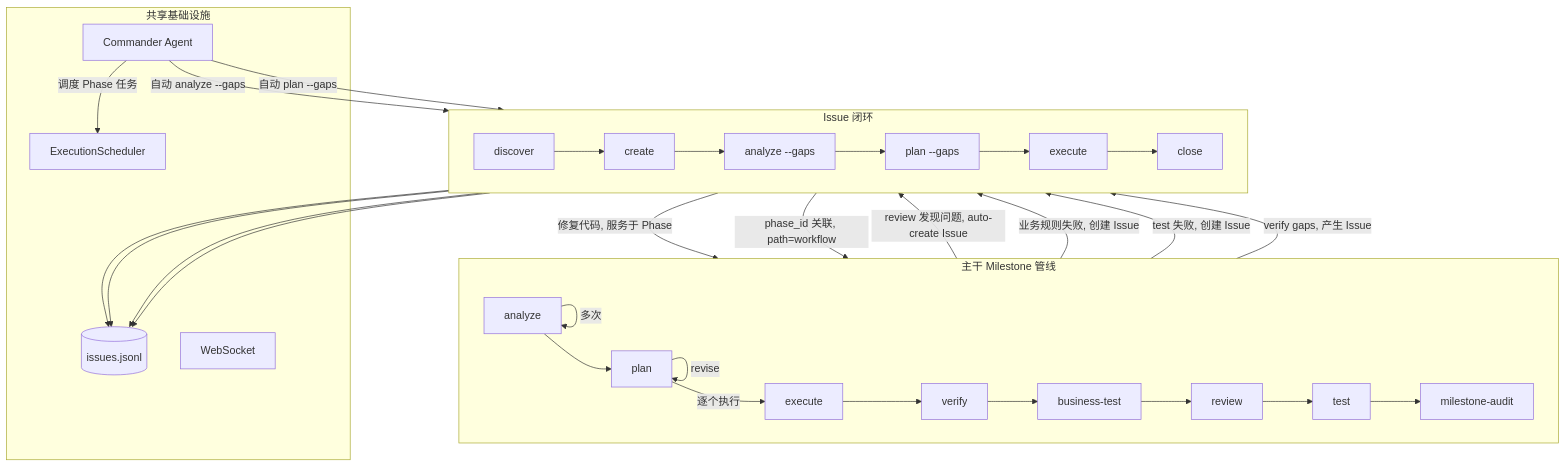
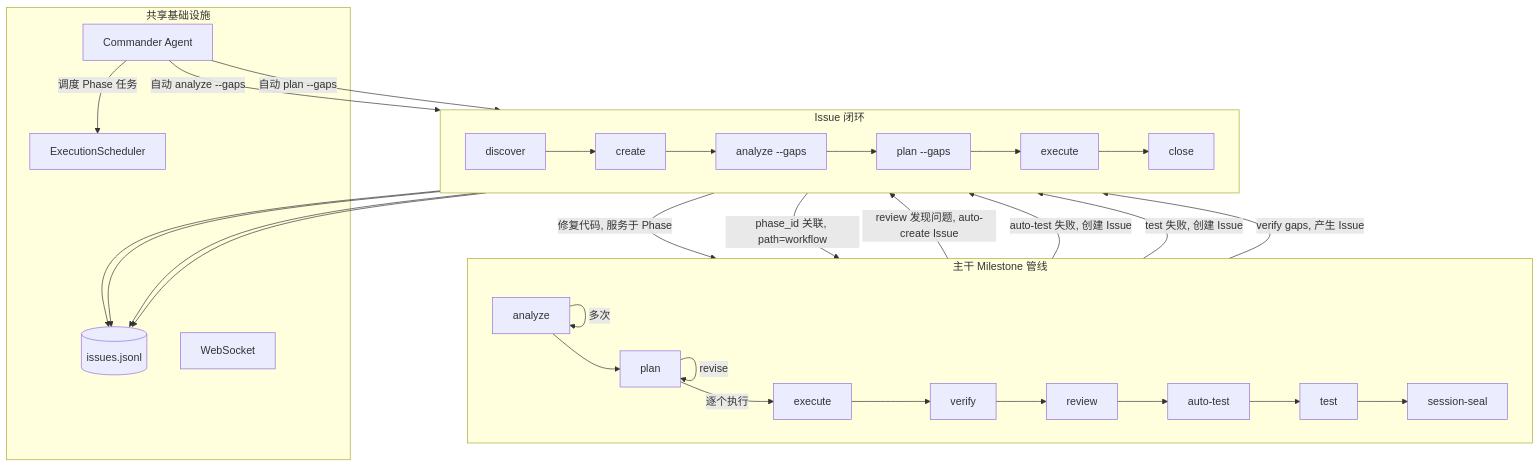
The second of 2 diagrams in guide/command-usage-guide.md (KatouRyuuji/maestro-flow), drawn with Mermaid before and after one commit. The commit also changed other lines of this file and 2 other files, not shown here.

````diff
--- a/guide/command-usage-guide.md
+++ b/guide/command-usage-guide.md
@@ -130,39 +115,39 @@
 ```mermaid
 graph TB
     subgraph phase_pipeline["主干 Milestone 管线"]
         direction LR
         AN["analyze"] -->|"多次"| AN
         AN --> PL["plan"] -->|"revise"| PL -->|"逐个执行"| EX["execute"] --> VF["verify"]
-        VF --> QBT["business-test"] --> QR["review"] --> QT["test"] --> MA["milestone-audit"]
+        VF --> QR["review"] --> QBT["auto-test"] --> QT["test"] --> MA["session-seal"]
     end
 
     subgraph issue_loop["Issue 闭环"]
         direction LR
         ID["discover"] --> IC["create"] --> IA["analyze --gaps"]
         IA --> IP["plan --gaps"] --> IE["execute"] --> ICL["close"]
     end
 
     subgraph shared["共享基础设施"]
         JSONL[("issues.jsonl")]
         CMD["Commander Agent"]
         SCHED["ExecutionScheduler"]
         WS["WebSocket"]
     end
 
     QR -->|"review 发现问题, auto-create Issue"| IC
-    QBT -->|"业务规则失败, 创建 Issue"| IC
+    QBT -->|"auto-test 失败, 创建 Issue"| IC
     QT -->|"test 失败, 创建 Issue"| IC
     VF -->|"verify gaps, 产生 Issue"| IC
 
     IC -->|"phase_id 关联, path=workflow"| phase_pipeline
     IE -->|"修复代码, 服务于 Phase"| EX
 
     CMD -->|"调度 Phase 任务"| SCHED
     CMD -->|"自动 analyze --gaps"| IA
     CMD -->|"自动 plan --gaps"| IP
 
     IC --> JSONL
     IA --> JSONL
     IP --> JSONL
     IE --> JSONL
 ```
````
